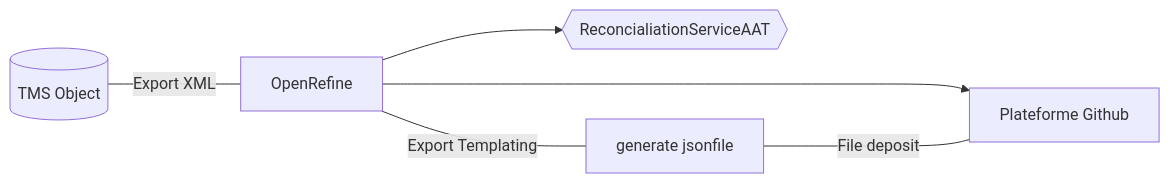
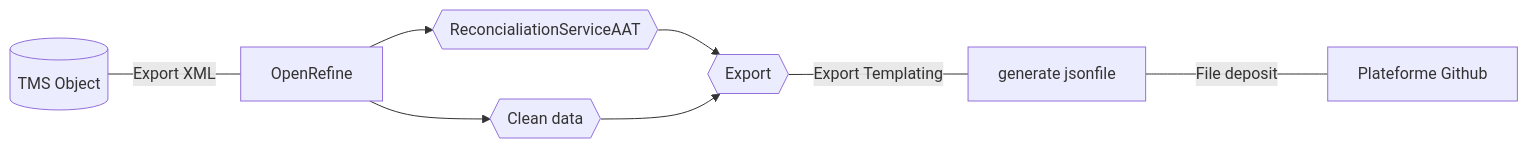
One commit to CRR-EPMO/VanGoghDataproject changed the diagram in README.md. Above: the diagram before and after it, drawn with Mermaid.

````diff
--- a/README.md
+++ b/README.md
@@ -19,8 +19,10 @@
 ```mermaid
   graph LR;
      A[(TMS Object)]-- Export XML --- B[OpenRefine]
      B --> C{{ReconcialiationServiceAAT}}
      B --> E{{Clean data}}
-     B -- Export Templating --- D[generate jsonfile]
-     D -- File deposit ---- E[Plateforme Github]
+     C --> F{{Export}}
+     E --> F
+     F -- Export Templating --- D[generate jsonfile]
+     D -- File deposit ---- G[Plateforme Github]
 ```
````
